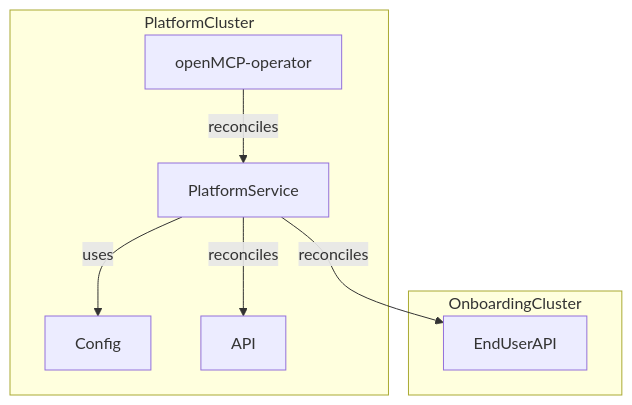
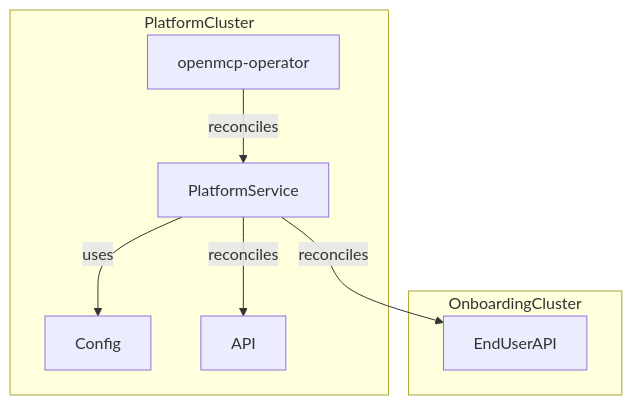
One commit to openmcp-project/docs changed the third of 3 diagrams in docs/developers/platformservice/01-design.mdx. Above: the diagram before and after it, drawn with Mermaid. The commit also changed other lines of this file, not shown here.

````diff
--- a/docs/developers/platformservice/01-design.mdx
+++ b/docs/developers/platformservice/01-design.mdx
@@ -59,21 +59,21 @@
 ```mermaid
 graph TD
     %% Onboarding Cluster
     subgraph OnboardingCluster
         USRAPI[EndUserAPI]
     end
 
     %% Platform Cluster
     subgraph PlatformCluster
-        OP[openMCP-operator]
+        OP[openmcp-operator]
         PS[PlatformService]
         PSC[Config]
         API[API]
     end
 
     %% edges
     PS -->|reconciles|API
     PS -->|reconciles|USRAPI
     PS -->|uses|PSC
     OP-->|reconciles|PS
 ```
````
